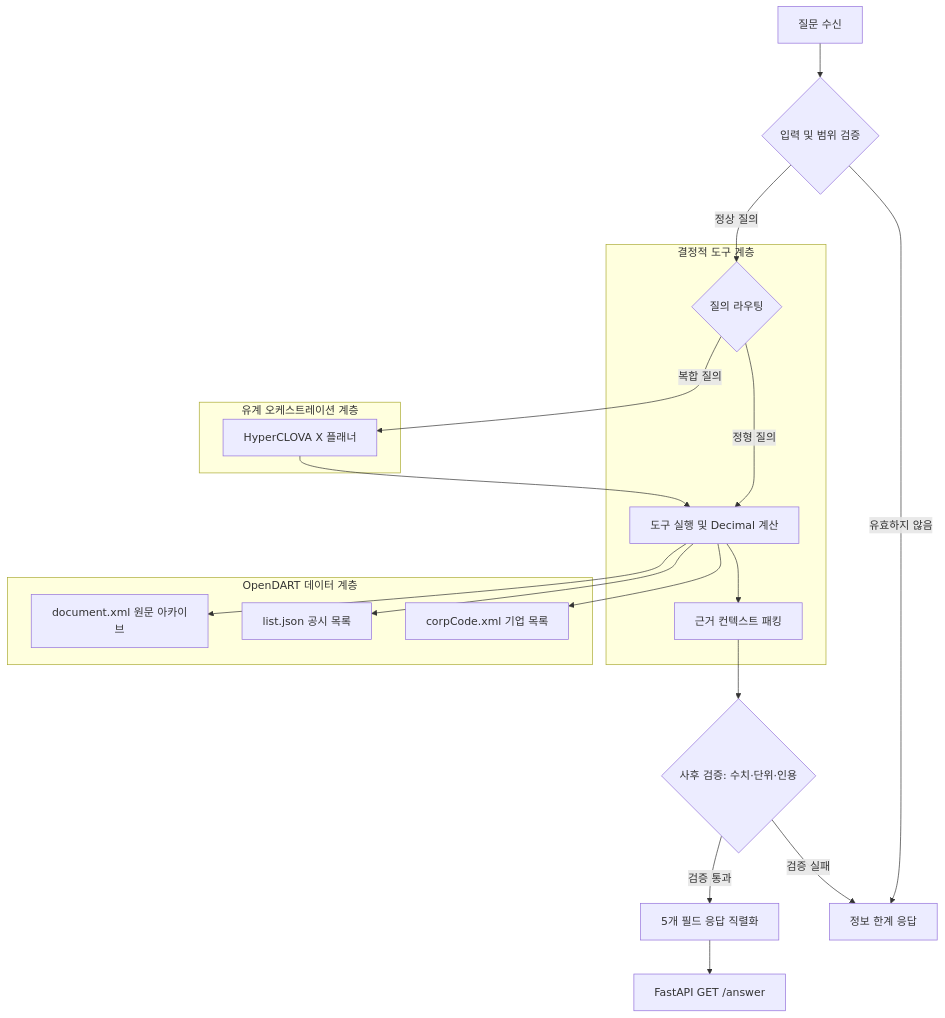
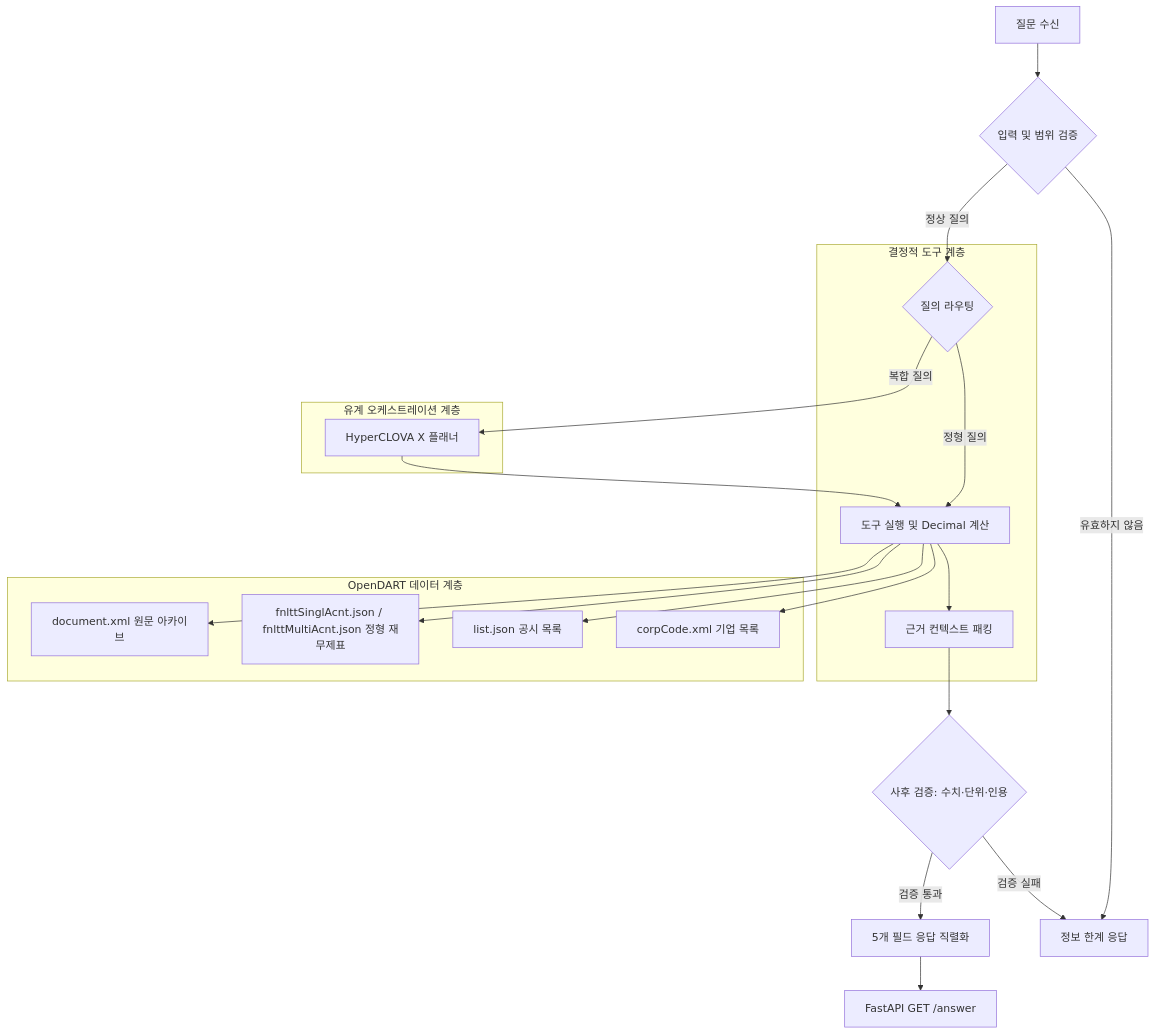
Before and after one commit to todayoneul/HCX05-disclosure-agent: the diagram in README.md, drawn with Mermaid. The commit also changed other lines of this file and 4 other files, not shown here.

````diff
--- a/README.md
+++ b/README.md
@@ -9,31 +9,33 @@
 ```mermaid
 flowchart TB
     Q[질문 수신] --> VAL{입력 및 범위 검증}
     VAL -- 유효하지 않음 --> LIM[정보 한계 응답]
     VAL -- 정상 질의 --> ROUTE{질의 라우팅}
 
     subgraph Deterministic[결정적 도구 계층]
         ROUTE -- 정형 질의 --> D_TOOLS[도구 실행 및 Decimal 계산]
         D_TOOLS --> PACK[근거 컨텍스트 패킹]
     end
 
     subgraph Agentic[유계 오케스트레이션 계층]
         ROUTE -- 복합 질의 --> HCX[HyperCLOVA X 플래너]
         HCX --> D_TOOLS
     end
 
     subgraph DataLayer[OpenDART 데이터 계층]
         CORP[corpCode.xml 기업 목록]
         LIST[list.json 공시 목록]
+        FIN[fnlttSinglAcnt.json / fnlttMultiAcnt.json 정형 재무제표]
         DOC[document.xml 원문 아카이브]
     end
 
     D_TOOLS --> CORP
     D_TOOLS --> LIST
+    D_TOOLS --> FIN
     D_TOOLS --> DOC
 
     PACK --> VERIFY{사후 검증: 수치·단위·인용}
     VERIFY -- 검증 실패 --> LIM
     VERIFY -- 검증 통과 --> SER[5개 필드 응답 직렬화]
     SER --> API[FastAPI GET /answer]
 ```
````
